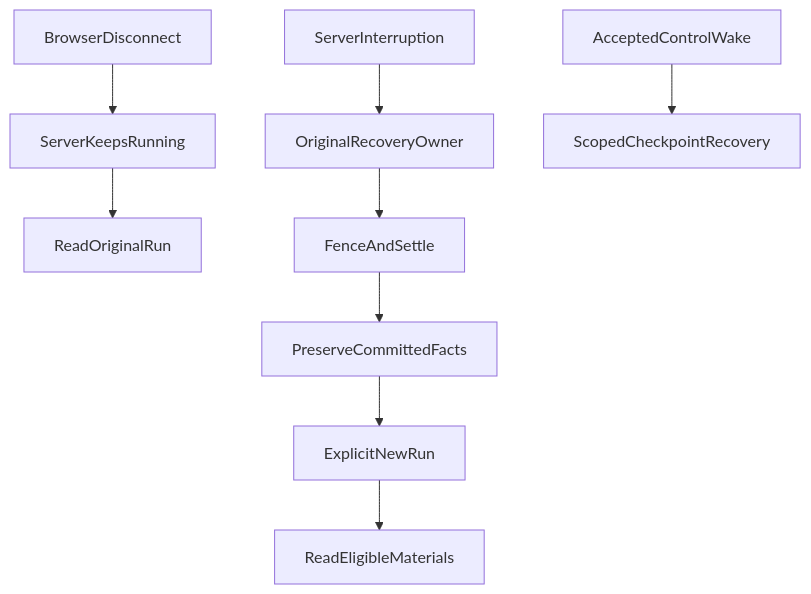
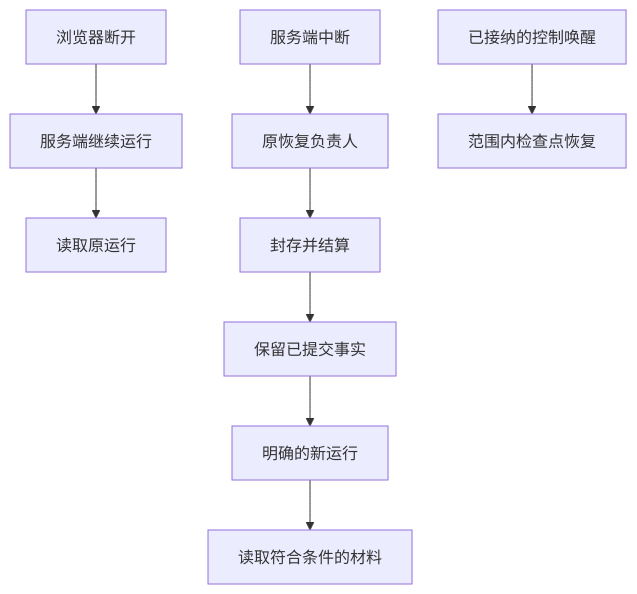
The diagram in articles/agent-disconnect-is-not-crash-recovery-contract.md (hpoenixf/eff-agent-article), drawn with Mermaid before and after one commit. The commit also changed 52 other files, not shown here.

Commit message:
docs: localize diagrams and clarify flagship guides

````diff
--- a/articles/agent-disconnect-is-not-crash-recovery-contract.md
+++ b/articles/agent-disconnect-is-not-crash-recovery-contract.md
@@ -42,11 +42,11 @@
 ```mermaid
 graph TD
-BrowserDisconnect --> ServerKeepsRunning
-ServerKeepsRunning --> ReadOriginalRun
-ServerInterruption --> OriginalRecoveryOwner
-OriginalRecoveryOwner --> FenceAndSettle
-FenceAndSettle --> PreserveCommittedFacts
-PreserveCommittedFacts --> ExplicitNewRun
-ExplicitNewRun --> ReadEligibleMaterials
-AcceptedControlWake --> ScopedCheckpointRecovery
+BrowserDisconnect["浏览器断开"] --> ServerKeepsRunning["服务端继续运行"]
+ServerKeepsRunning --> ReadOriginalRun["读取原运行"]
+ServerInterruption["服务端中断"] --> OriginalRecoveryOwner["原恢复负责人"]
+OriginalRecoveryOwner --> FenceAndSettle["封存并结算"]
+FenceAndSettle --> PreserveCommittedFacts["保留已提交事实"]
+PreserveCommittedFacts --> ExplicitNewRun["明确的新运行"]
+ExplicitNewRun --> ReadEligibleMaterials["读取符合条件的材料"]
+AcceptedControlWake["已接纳的控制唤醒"] --> ScopedCheckpointRecovery["范围内检查点恢复"]
 ```
````
